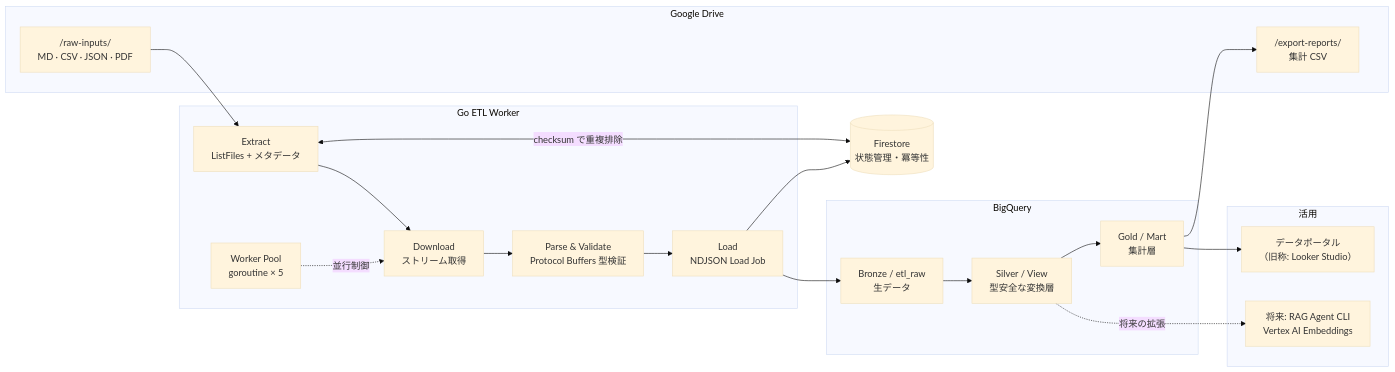
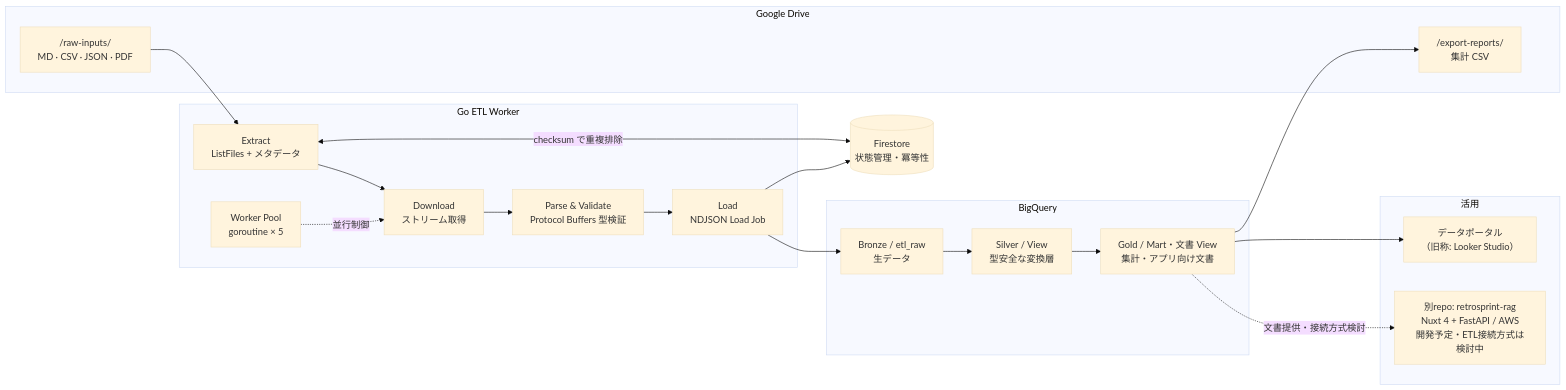
The diagram in README.md (qei-2027-700/go-drive-etl), drawn with Mermaid (base theme) before and after one commit. The commit also changed other lines of this file and 2 other files, not shown here.

First line of the commit message:
docs: align portfolio roadmap and RAG ownership (#142)

````diff
--- a/README.md
+++ b/README.md
@@ -26,37 +26,37 @@
 ```mermaid
 flowchart LR
     subgraph SRC["Google Drive"]
         RAW["/raw-inputs/<br/>MD · CSV · JSON · PDF"]
         OUT["/export-reports/<br/>集計 CSV"]
     end
 
     subgraph GO["Go ETL Worker"]
         EX["Extract<br/>ListFiles + メタデータ"]
         DL["Download<br/>ストリーム取得"]
         PV["Parse & Validate<br/>Protocol Buffers 型検証"]
         LD["Load<br/>NDJSON Load Job"]
         WP["Worker Pool<br/>goroutine × 5"]
     end
 
     STATE[("Firestore<br/>状態管理・冪等性")]
 
     subgraph BQ["BigQuery"]
         BRONZE["Bronze / etl_raw<br/>生データ"]
         SILVER["Silver / View<br/>型安全な変換層"]
-        GOLD["Gold / Mart<br/>集計層"]
+        GOLD["Gold / Mart・文書 View<br/>集計・アプリ向け文書"]
     end
 
     subgraph CONS["活用"]
         LOOKER["データポータル<br/>（旧称: Looker Studio）"]
-        RAG["将来: RAG Agent CLI<br/>Vertex AI Embeddings"]
+        RAG["別repo: retrosprint-rag<br/>Nuxt 4 + FastAPI / AWS<br/>開発予定・ETL接続方式は検討中"]
     end
 
     RAW --> EX --> DL --> PV --> LD
     WP -.並行制御.-> DL
     EX <-->|checksum で重複排除| STATE
     LD --> STATE
     LD --> BRONZE --> SILVER --> GOLD
     GOLD --> OUT
     GOLD --> LOOKER
-    SILVER -.将来の拡張.-> RAG
+    GOLD -.文書提供・接続方式検討.-> RAG
 ```
````
